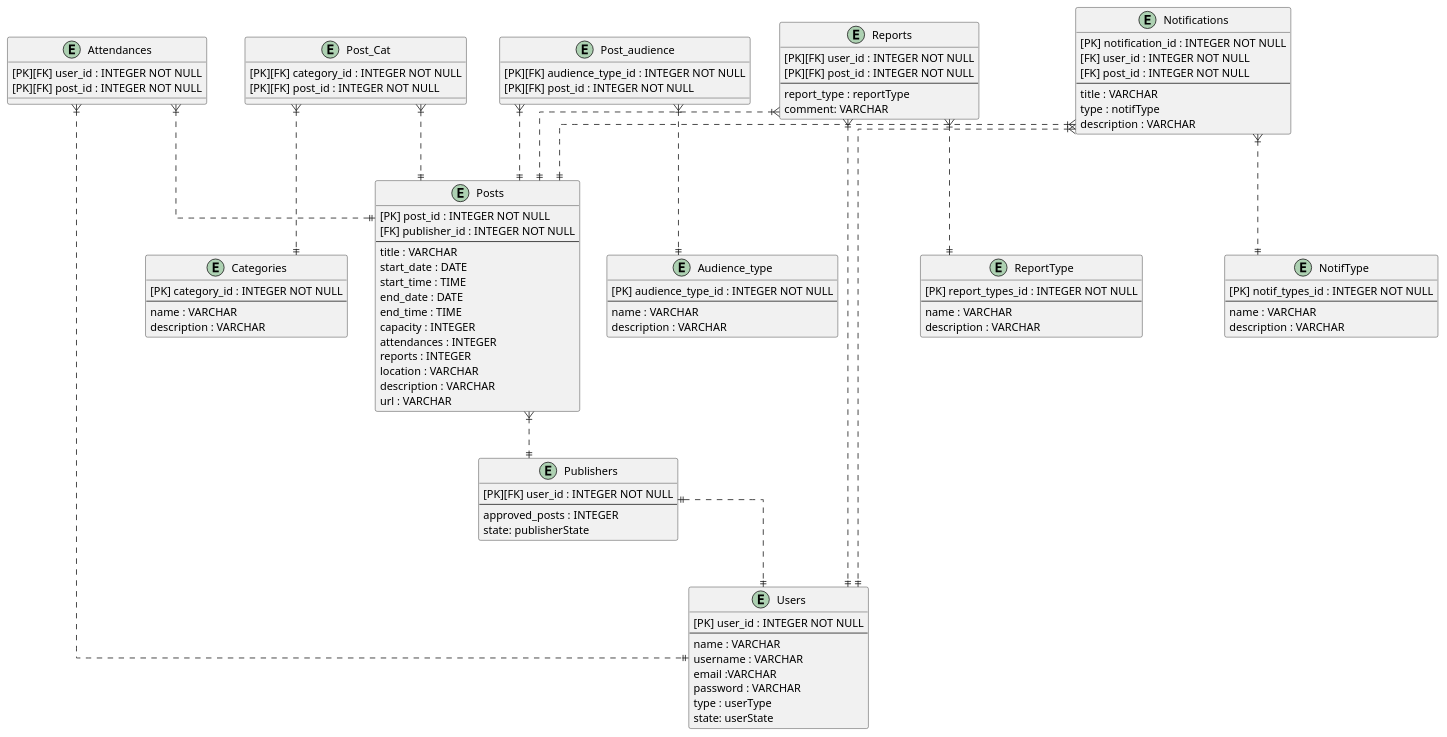
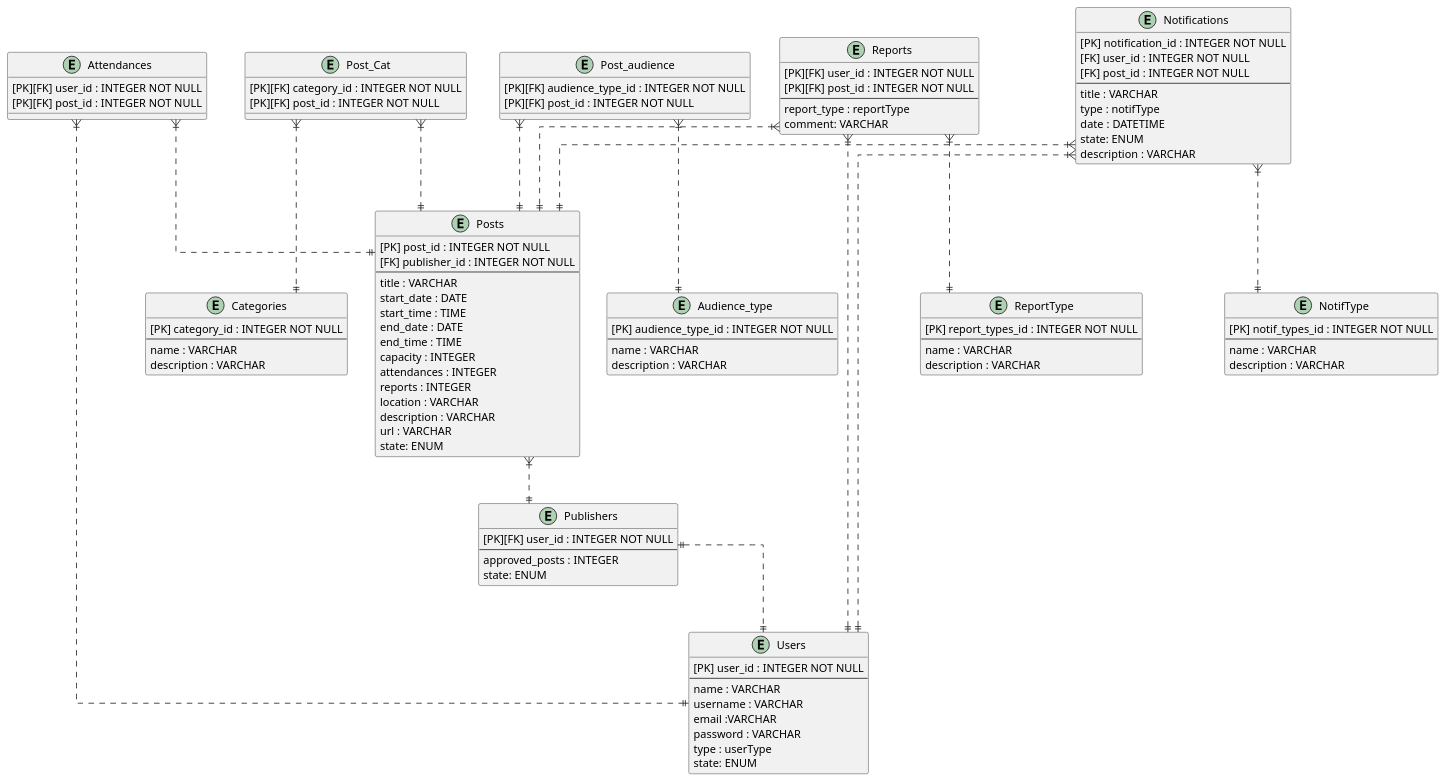
Before and after one commit to mazHania4/o_k_h: the diagram in docs/diagramas/entity_relation.puml, drawn with PlantUML. The commit also changed 10 other files, not shown here.

```diff
--- a/docs/diagramas/entity_relation.puml
+++ b/docs/diagramas/entity_relation.puml
@@ -1,127 +1,130 @@
 @startuml entity_relation
 
 ' hide the spot
 ' hide circle
 
 ' avoid problems with angled crows feet
 skinparam linetype ortho
 
 
 entity "Users" as users {
     [PK] user_id : INTEGER NOT NULL
     --
     name : VARCHAR
     username : VARCHAR
     email :VARCHAR
     password : VARCHAR
     type : userType
-    state: userState
+    state: ENUM
 }
 
 entity "Publishers" as publishers {
     [PK][FK] user_id : INTEGER NOT NULL
     --
     approved_posts : INTEGER
-    state: publisherState
+    state: ENUM
 }
 
 entity "Posts" as posts {
     [PK] post_id : INTEGER NOT NULL
     [FK] publisher_id : INTEGER NOT NULL
     --
     title : VARCHAR
     start_date : DATE
     start_time : TIME
     end_date : DATE
     end_time : TIME
     capacity : INTEGER
     attendances : INTEGER
     reports : INTEGER
     location : VARCHAR
     description : VARCHAR
     url : VARCHAR
+    state: ENUM
 }
 
 entity "Categories" as cats {
     [PK] category_id : INTEGER NOT NULL
     --
     name : VARCHAR
     description : VARCHAR
 }
 
 entity "Post_Cat" as post_cat {
     [PK][FK] category_id : INTEGER NOT NULL
     [PK][FK] post_id : INTEGER NOT NULL
 }
 
 entity "Audience_type" as audience_type {
     [PK] audience_type_id : INTEGER NOT NULL
     --
     name : VARCHAR
     description : VARCHAR
 }
 
 entity "Post_audience" as post_audience {
     [PK][FK] audience_type_id : INTEGER NOT NULL
     [PK][FK] post_id : INTEGER NOT NULL
 }
 
 entity "Attendances" as attendances {
     [PK][FK] user_id : INTEGER NOT NULL
     [PK][FK] post_id : INTEGER NOT NULL
 }
 
 entity "ReportType" as report_types {
     [PK] report_types_id : INTEGER NOT NULL
     --
     name : VARCHAR
     description : VARCHAR
 }
 
 entity "Reports" as reports {
     [PK][FK] user_id : INTEGER NOT NULL
     [PK][FK] post_id : INTEGER NOT NULL
     --
     report_type : reportType
     comment: VARCHAR
 }
 
 
 entity "NotifType" as notifTypes {
     [PK] notif_types_id : INTEGER NOT NULL
     --
     name : VARCHAR
     description : VARCHAR
 }
 
 entity "Notifications" as notifs {
     [PK] notification_id : INTEGER NOT NULL
     [FK] user_id : INTEGER NOT NULL
     [FK] post_id : INTEGER NOT NULL
     --
     title : VARCHAR
     type : notifType
+    date : DATETIME
+    state: ENUM
     description : VARCHAR
 }
 
 publishers ||..|| users
 posts }|..|| publishers
 post_cat }|..|| posts
 post_cat }|..|| cats
 post_audience }|..|| posts
 post_audience }|..|| audience_type
 attendances }|..|| posts
 attendances }|..|| users
 reports }|..|| posts
 reports }|..|| users
 reports }|..|| report_types
 
 notifs }|..|| users
 notifs }|..|| posts
 notifs }|..|| notifTypes
 
 
 
 
 
 @enduml
```
